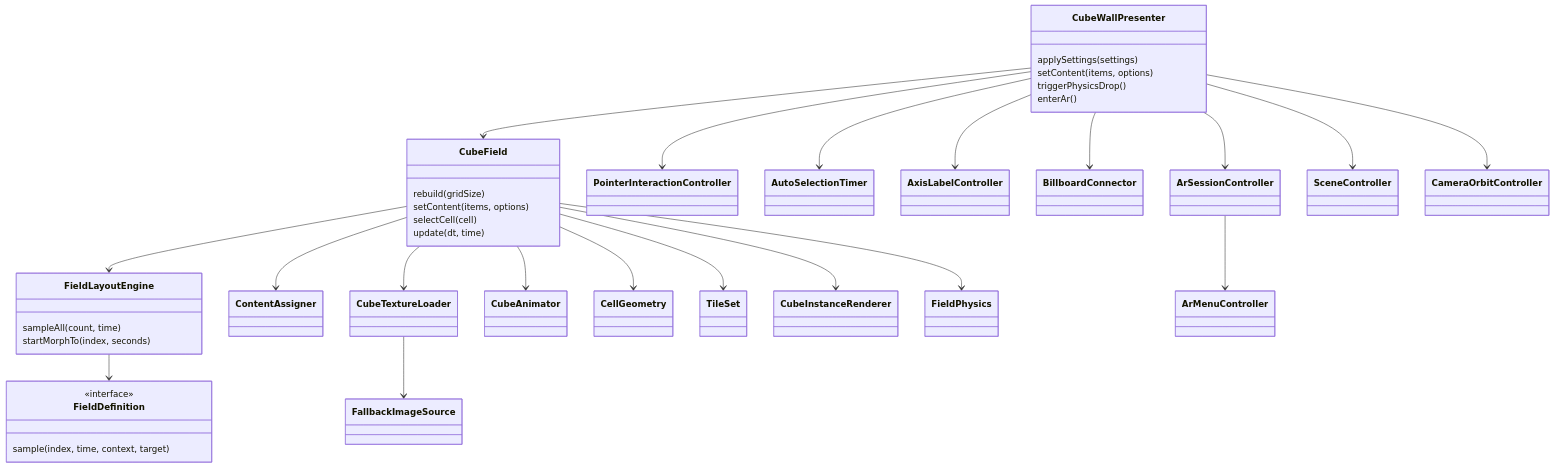
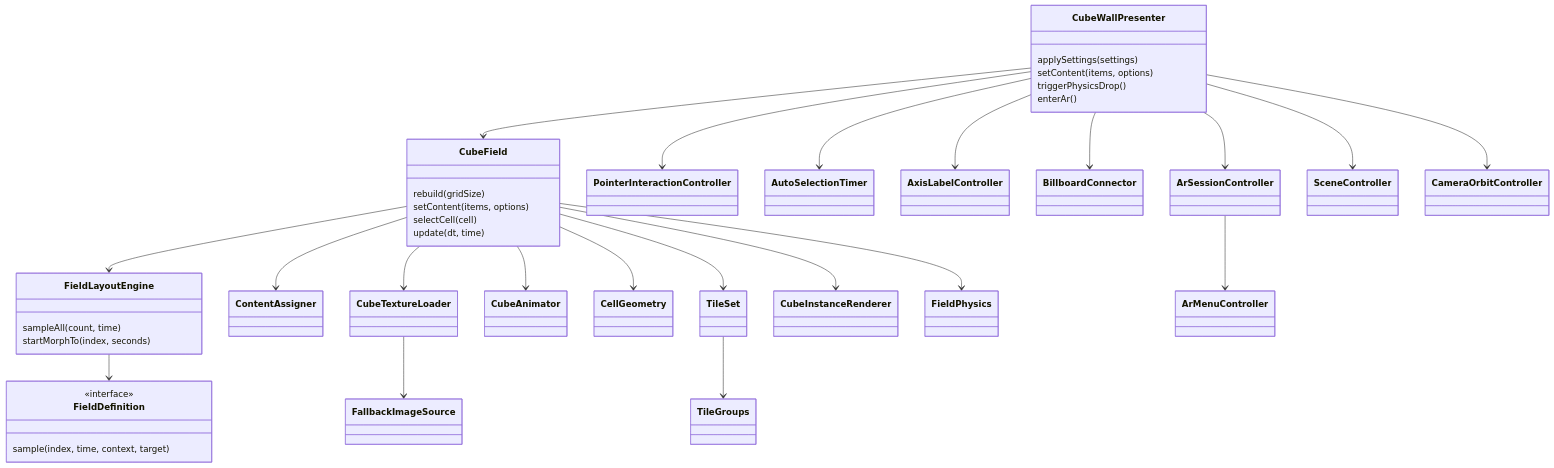
The second of 4 diagrams in docs/architecture.md (apopovic77/cubewall-presenter), drawn with Mermaid before and after one commit. The commit also changed other lines of this file and 8 other files, not shown here.

````diff
--- a/docs/architecture.md
+++ b/docs/architecture.md
@@ -22,59 +22,61 @@
 ```mermaid
 classDiagram
   class CubeWallPresenter {
     applySettings(settings)
     setContent(items, options)
     triggerPhysicsDrop()
     enterAr()
   }
   class CubeField {
     rebuild(gridSize)
     setContent(items, options)
     selectCell(cell)
     update(dt, time)
   }
   class FieldLayoutEngine {
     sampleAll(count, time)
     startMorphTo(index, seconds)
   }
   class FieldDefinition {
     <<interface>>
     sample(index, time, context, target)
   }
   class ContentAssigner
   class CubeTextureLoader
   class FallbackImageSource
   class CubeAnimator
   class CellGeometry
   class TileSet
+  class TileGroups
   class CubeInstanceRenderer
   class FieldPhysics
   class PointerInteractionController
   class AutoSelectionTimer
   class AxisLabelController
   class BillboardConnector
   class ArSessionController
   class ArMenuController
   class SceneController
   class CameraOrbitController
 
   CubeWallPresenter --> CubeField
   CubeWallPresenter --> SceneController
   CubeWallPresenter --> CameraOrbitController
   CubeWallPresenter --> PointerInteractionController
   CubeWallPresenter --> AutoSelectionTimer
   CubeWallPresenter --> AxisLabelController
   CubeWallPresenter --> BillboardConnector
   CubeWallPresenter --> ArSessionController
   ArSessionController --> ArMenuController
   CubeField --> FieldLayoutEngine
   FieldLayoutEngine --> FieldDefinition
   CubeField --> ContentAssigner
   CubeField --> CubeTextureLoader
   CubeTextureLoader --> FallbackImageSource
   CubeField --> CubeAnimator
   CubeField --> CellGeometry
   CubeField --> TileSet
+  TileSet --> TileGroups
   CubeField --> CubeInstanceRenderer
   CubeField --> FieldPhysics
 ```
````
